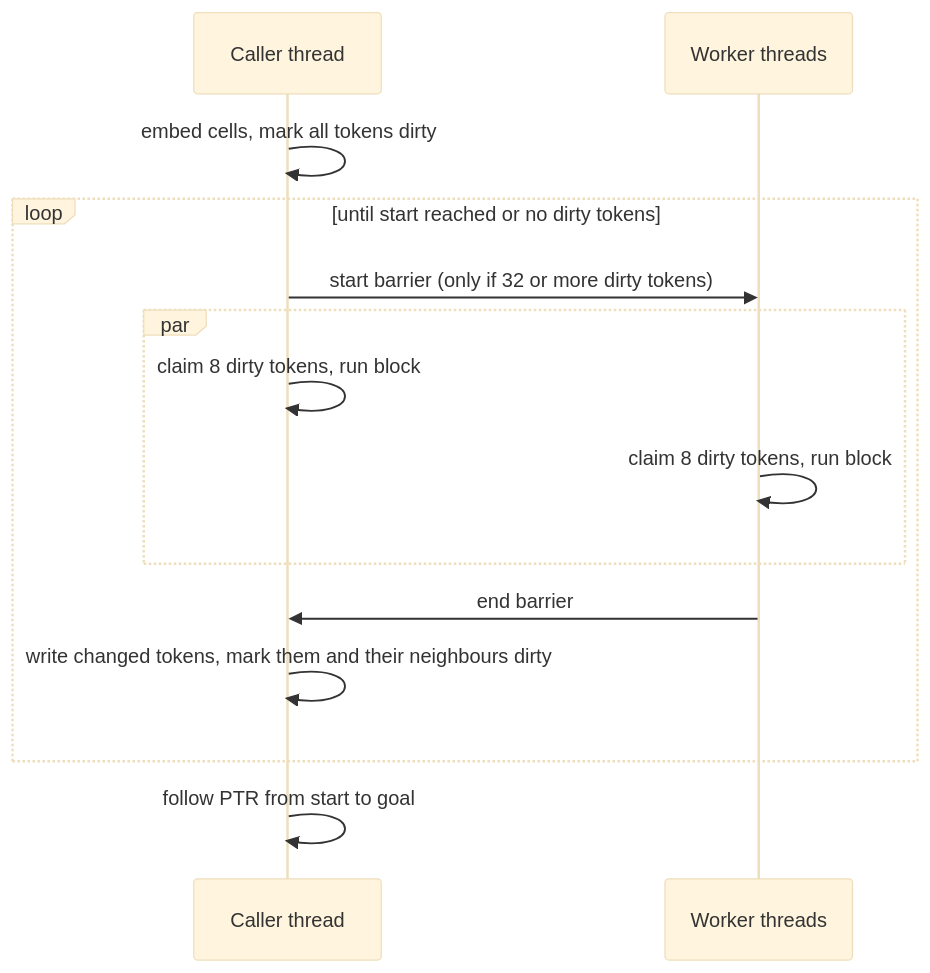
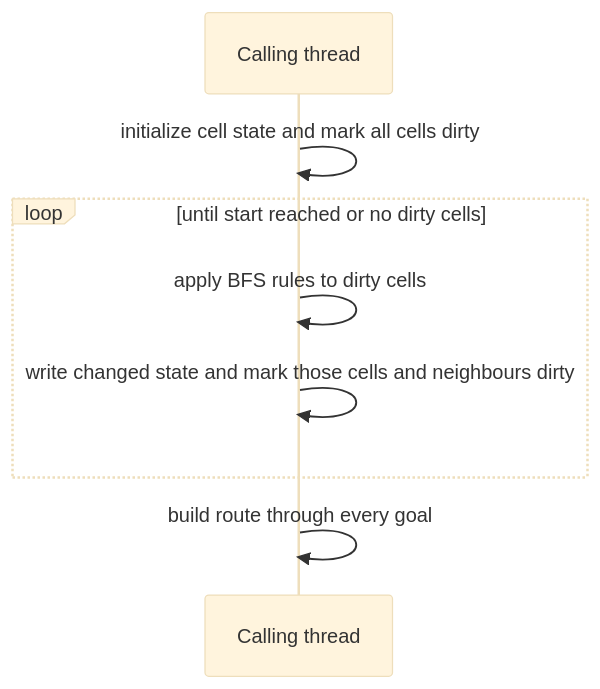
The second of 3 diagrams in docs/src/developer/architecture.md (abbra/labyrinth), drawn with Mermaid (base theme) before and after one commit. The commit also changed other lines of this file and 17 other files, not shown here.

````diff
--- a/docs/src/developer/architecture.md
+++ b/docs/src/developer/architecture.md
@@ -27,16 +27,10 @@
 ```mermaid
 sequenceDiagram
-    participant C as Caller thread
-    participant W as Worker threads
-    C->>C: embed cells, mark all tokens dirty
-    loop until start reached or no dirty tokens
-        C->>W: start barrier (only if 32 or more dirty tokens)
-        par
-            C->>C: claim 8 dirty tokens, run block
-            W->>W: claim 8 dirty tokens, run block
-        end
-        W->>C: end barrier
-        C->>C: write changed tokens, mark them and their neighbours dirty
+    participant C as Calling thread
+    C->>C: initialize cell state and mark all cells dirty
+    loop until start reached or no dirty cells
+        C->>C: apply BFS rules to dirty cells
+        C->>C: write changed state and mark those cells and neighbours dirty
     end
-    C->>C: follow PTR from start to goal
+    C->>C: build route through every goal
 ```
````
